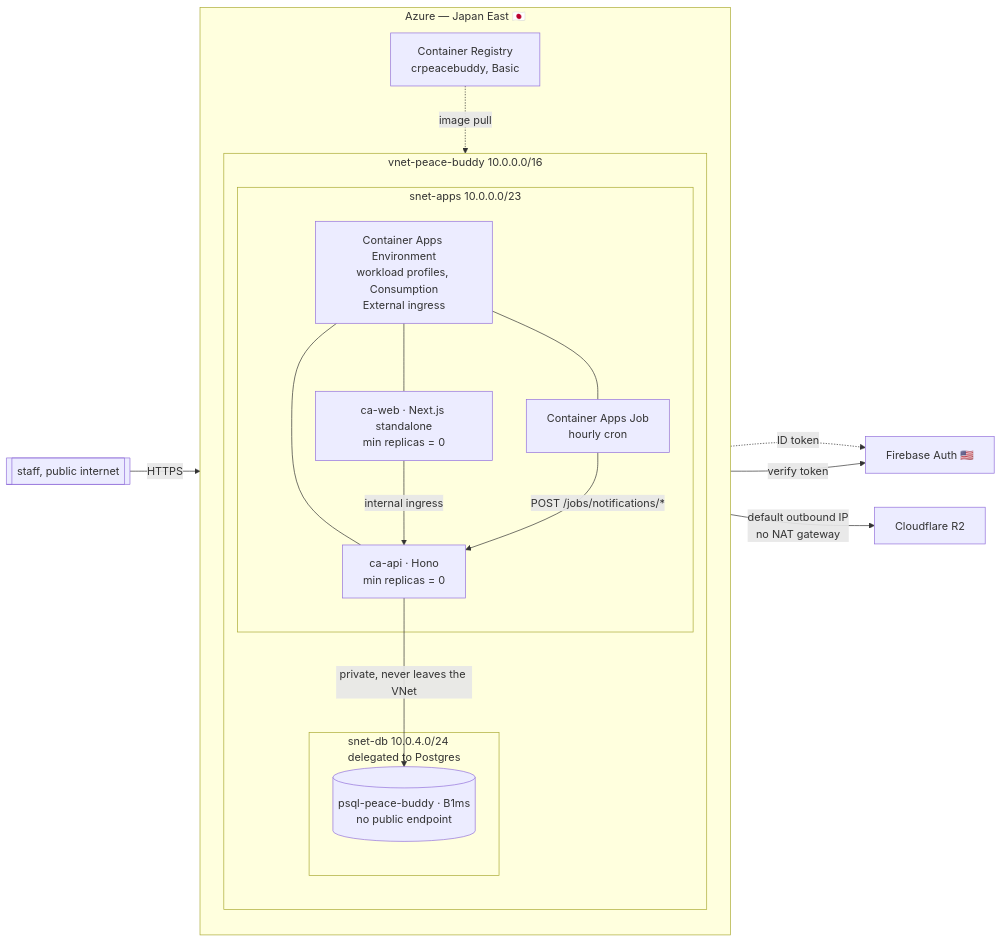
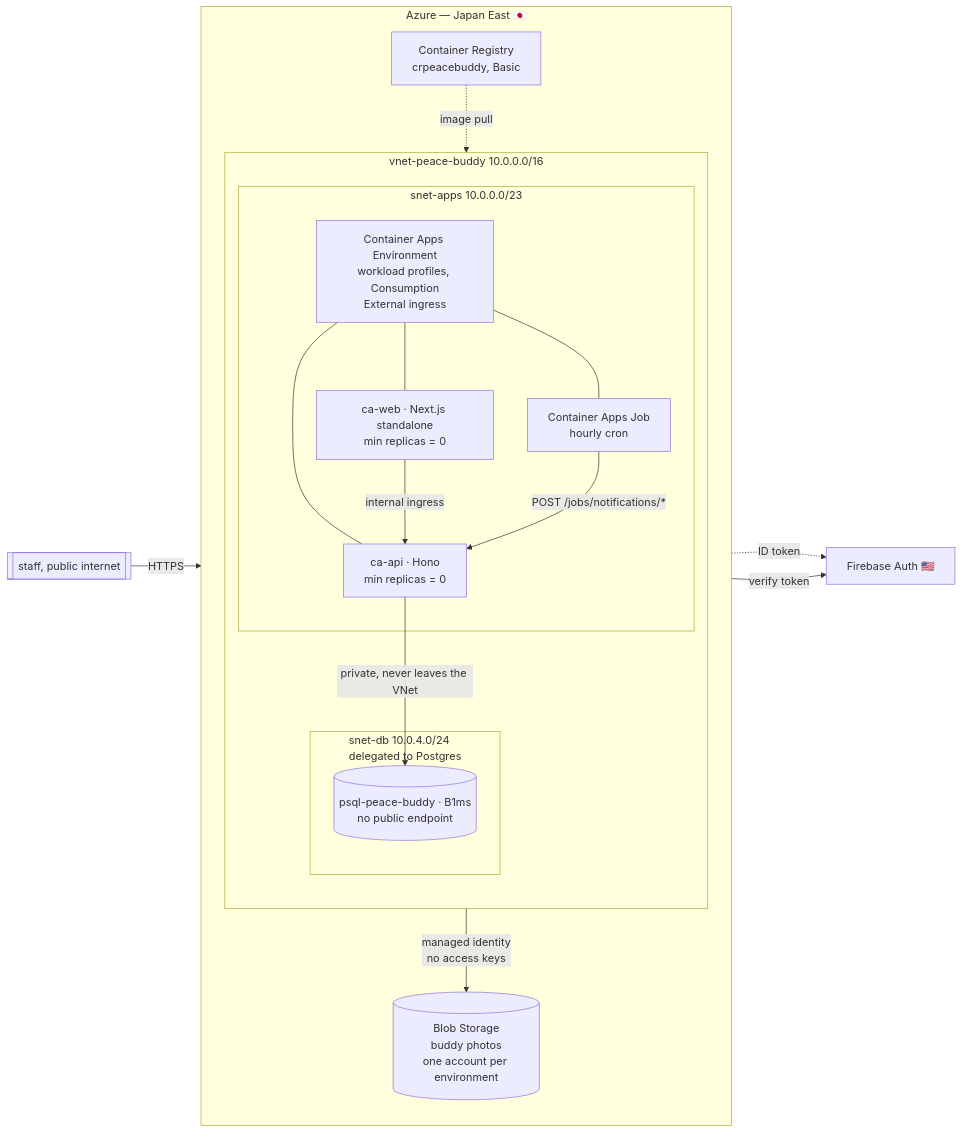
Before and after one commit to Lynns0416/buddy-app-copy: the second of 6 diagrams in docs/deploy-plan.md, drawn with Mermaid. The commit also changed other lines of this file and 3 other files, not shown here.

````diff
--- a/docs/deploy-plan.md
+++ b/docs/deploy-plan.md
@@ -54,38 +67,38 @@
 ```mermaid
 flowchart LR
     U[["staff, public internet"]]
 
     subgraph AZ["Azure — Japan East 🇯🇵"]
         direction TB
         ACR["Container Registry<br/>crpeacebuddy, Basic"]
+        BLOB[("Blob Storage<br/>buddy photos<br/>one account per environment")]
 
         subgraph VNET["vnet-peace-buddy 10.0.0.0/16"]
             direction TB
             subgraph SA["snet-apps 10.0.0.0/23"]
                 CAE["Container Apps Environment<br/>workload profiles, Consumption<br/>External ingress"]
                 W["ca-web · Next.js standalone<br/>min replicas = 0"]
                 A["ca-api · Hono<br/>min replicas = 0"]
                 J["Container Apps Job<br/>hourly cron"]
             end
             subgraph SD["snet-db 10.0.4.0/24<br/>delegated to Postgres"]
                 DB[("psql-peace-buddy · B1ms<br/>no public endpoint")]
             end
         end
 
         ACR -.->|image pull| CAE
         CAE --- W
         CAE --- A
         CAE --- J
         A -->|private, never leaves the VNet| DB
     end
 
     FA["Firebase Auth 🇺🇸"]
-    R2["Cloudflare R2"]
 
     U -->|HTTPS| W
     W -->|internal ingress| A
     W -.->|ID token| FA
     A -->|verify token| FA
-    A -->|default outbound IP<br/>no NAT gateway| R2
+    A -->|managed identity<br/>no access keys| BLOB
     J -->|"POST /jobs/notifications/*"| A
 ```
````
